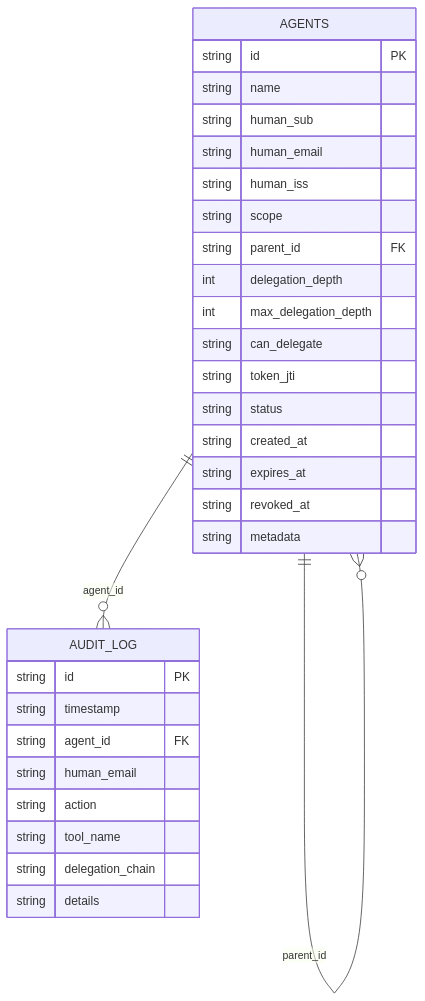
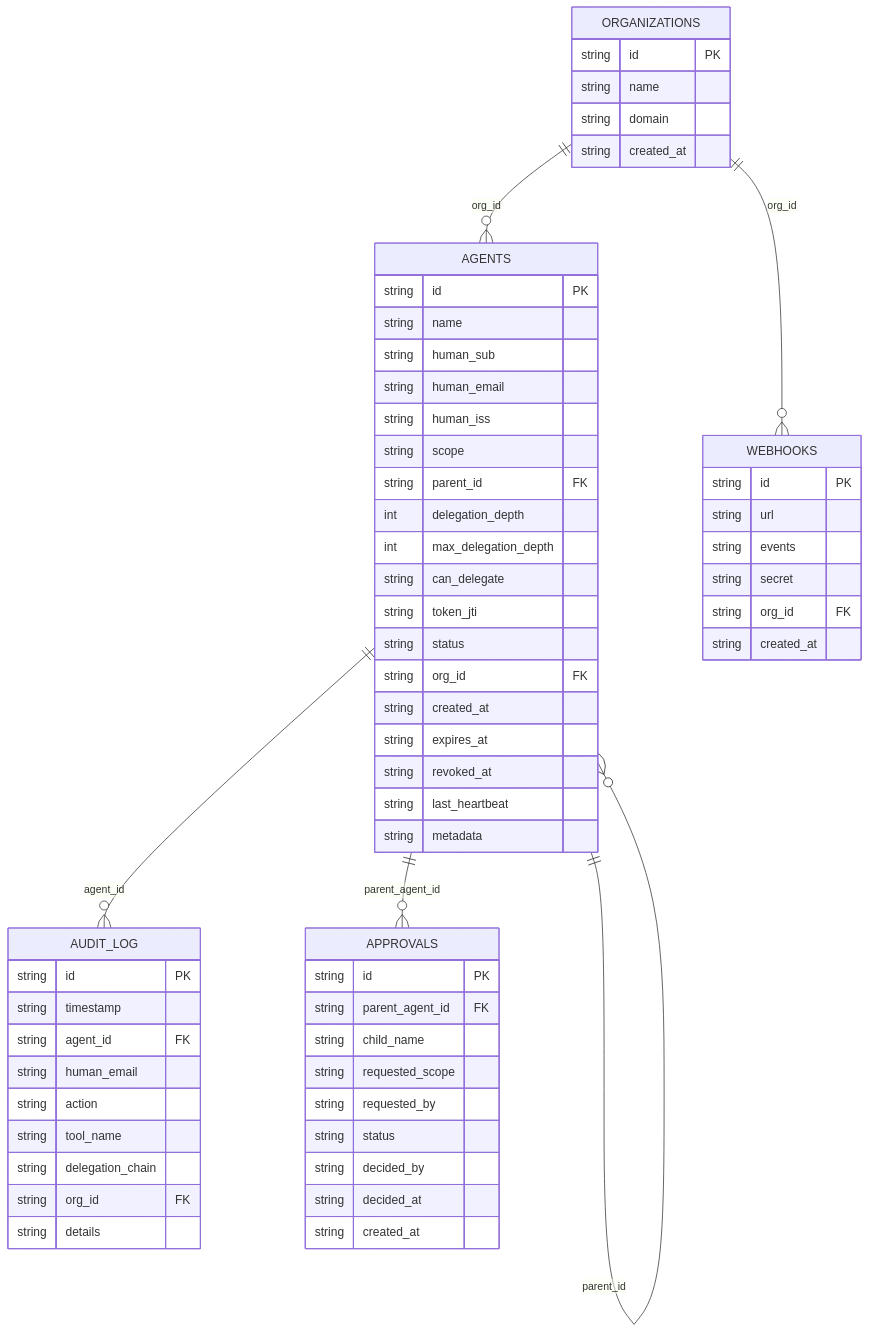
One commit to saichandrasekhar/Eigent changed the second of 6 diagrams in mkdocs-docs/architecture/system-design.md. Above: the diagram before and after it, drawn with Mermaid. The commit also changed other lines of this file and 13 other files, not shown here.

````diff
--- a/mkdocs-docs/architecture/system-design.md
+++ b/mkdocs-docs/architecture/system-design.md
@@ -124,35 +126,69 @@
 ```mermaid
 erDiagram
+    ORGANIZATIONS {
+        string id PK
+        string name
+        string domain
+        string created_at
+    }
+
     AGENTS {
         string id PK
         string name
         string human_sub
         string human_email
         string human_iss
         string scope
         string parent_id FK
         int delegation_depth
         int max_delegation_depth
         string can_delegate
         string token_jti
         string status
+        string org_id FK
         string created_at
         string expires_at
         string revoked_at
+        string last_heartbeat
         string metadata
     }
 
     AUDIT_LOG {
         string id PK
         string timestamp
         string agent_id FK
         string human_email
         string action
         string tool_name
         string delegation_chain
+        string org_id FK
         string details
     }
 
+    WEBHOOKS {
+        string id PK
+        string url
+        string events
+        string secret
+        string org_id FK
+        string created_at
+    }
+
+    APPROVALS {
+        string id PK
+        string parent_agent_id FK
+        string child_name
+        string requested_scope
+        string requested_by
+        string status
+        string decided_by
+        string decided_at
+        string created_at
+    }
+
+    ORGANIZATIONS ||--o{ AGENTS : "org_id"
+    ORGANIZATIONS ||--o{ WEBHOOKS : "org_id"
     AGENTS ||--o{ AGENTS : "parent_id"
     AGENTS ||--o{ AUDIT_LOG : "agent_id"
+    AGENTS ||--o{ APPROVALS : "parent_agent_id"
 ```
````
